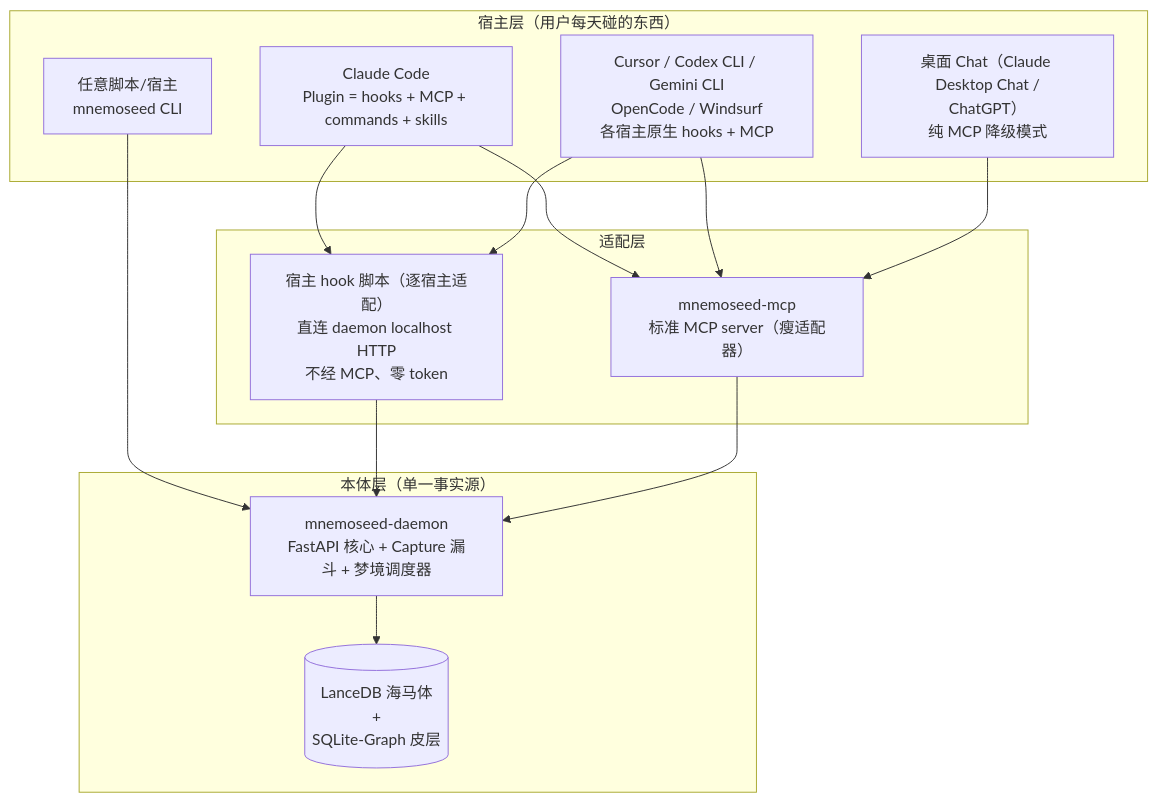
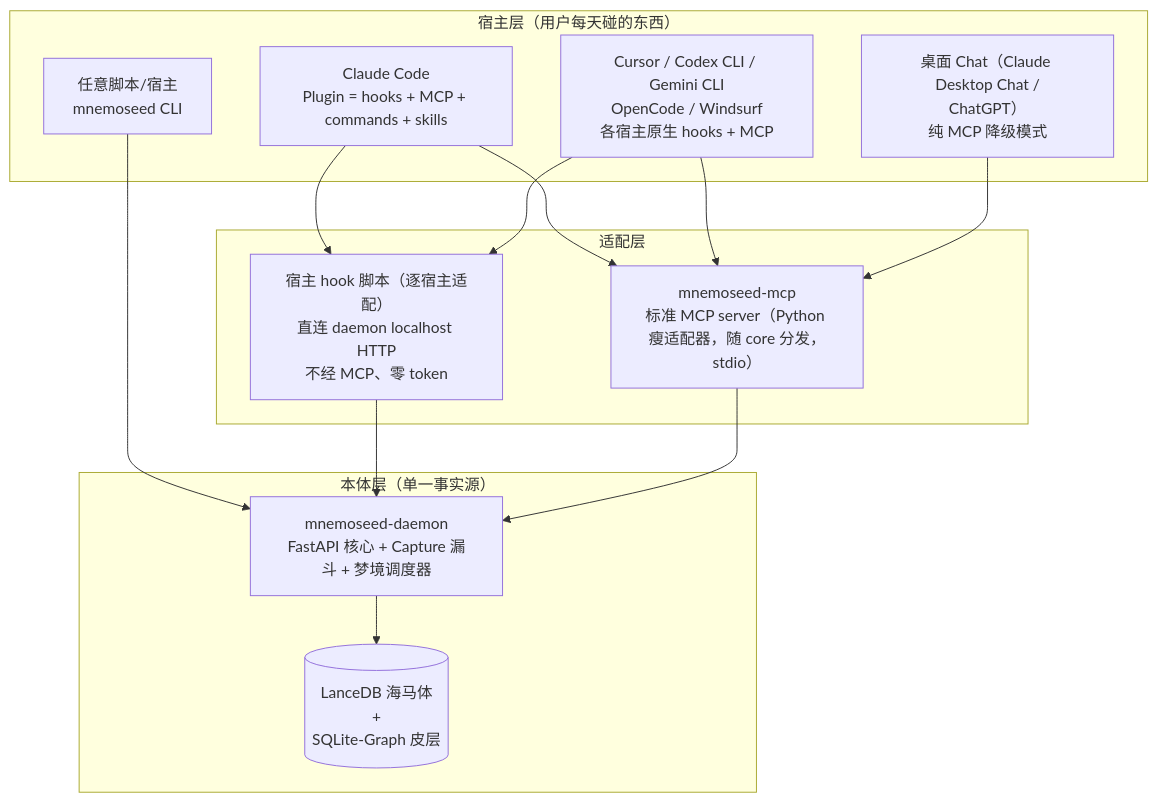
One commit to MnemoSeed/mnemoseed changed the first of 5 diagrams in docs/design/06-接入与安装体验.md. Above: the diagram before and after it, drawn with Mermaid. The commit also changed 4 other files, not shown here.

Commit message:
docs: MCP gateway is a Python stdio adapter inside core, not a Node service

````diff
--- a/docs/design/06-接入与安装体验.md
+++ b/docs/design/06-接入与安装体验.md
@@ -22,24 +22,24 @@
 ```mermaid
 flowchart TB
     subgraph Hosts["宿主层（用户每天碰的东西）"]
         CC["Claude Code<br/>Plugin = hooks + MCP + commands + skills"]
         CUR["Cursor / Codex CLI / Gemini CLI<br/>OpenCode / Windsurf<br/>各宿主原生 hooks + MCP"]
         DSK["桌面 Chat（Claude Desktop Chat /<br/>ChatGPT）<br/>纯 MCP 降级模式"]
         ANY["任意脚本/宿主<br/>mnemoseed CLI"]
     end
     subgraph L1["适配层"]
-        MCP["mnemoseed-mcp<br/>标准 MCP server（瘦适配器）"]
+        MCP["mnemoseed-mcp<br/>标准 MCP server（Python 瘦适配器，随 core 分发，stdio）"]
         HK["宿主 hook 脚本（逐宿主适配）<br/>直连 daemon localhost HTTP<br/>不经 MCP、零 token"]
     end
     subgraph L0["本体层（单一事实源）"]
         D["mnemoseed-daemon<br/>FastAPI 核心 + Capture 漏斗 + 梦境调度器"]
         DB[("LanceDB 海马体<br/>+<br/>SQLite-Graph 皮层")]
     end
     CC --> HK & MCP
     CUR --> HK & MCP
     DSK --> MCP
     ANY --> D
     HK --> D
     MCP --> D
     D --> DB
 ```
````
